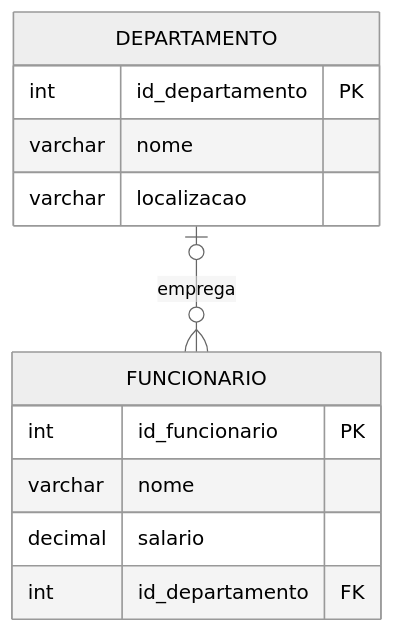
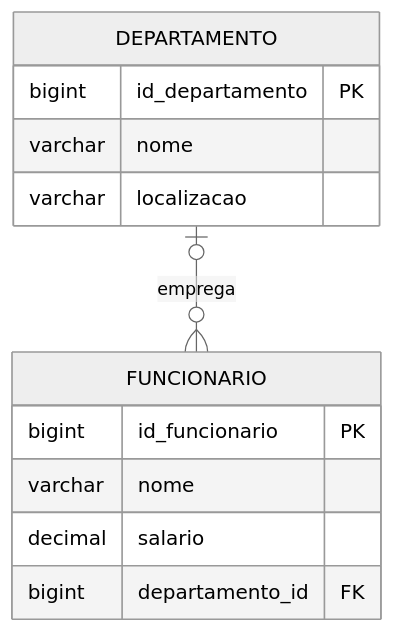
One commit to DSM-Fatec-Jahu/Banco-de-Dados-Relacional-IBD015 changed the fourth of 12 diagrams in aulas/Cardinalidade_MER_Completo.md. Above: the diagram before and after it, drawn with Mermaid (neutral theme). The commit also changed other lines of this file and 13 other files, not shown here.

````diff
--- a/aulas/Cardinalidade_MER_Completo.md
+++ b/aulas/Cardinalidade_MER_Completo.md
@@ -253,17 +253,17 @@
 ```mermaid
 erDiagram
     DEPARTAMENTO {
-        int id_departamento PK
+        bigint id_departamento PK
         varchar nome
         varchar localizacao
     }
 
     FUNCIONARIO {
-        int id_funcionario PK
+        bigint id_funcionario PK
         varchar nome
         decimal salario
-        int id_departamento FK
+        bigint departamento_id FK
     }
 
     DEPARTAMENTO |o--o{ FUNCIONARIO : "emprega"
 ```
````
